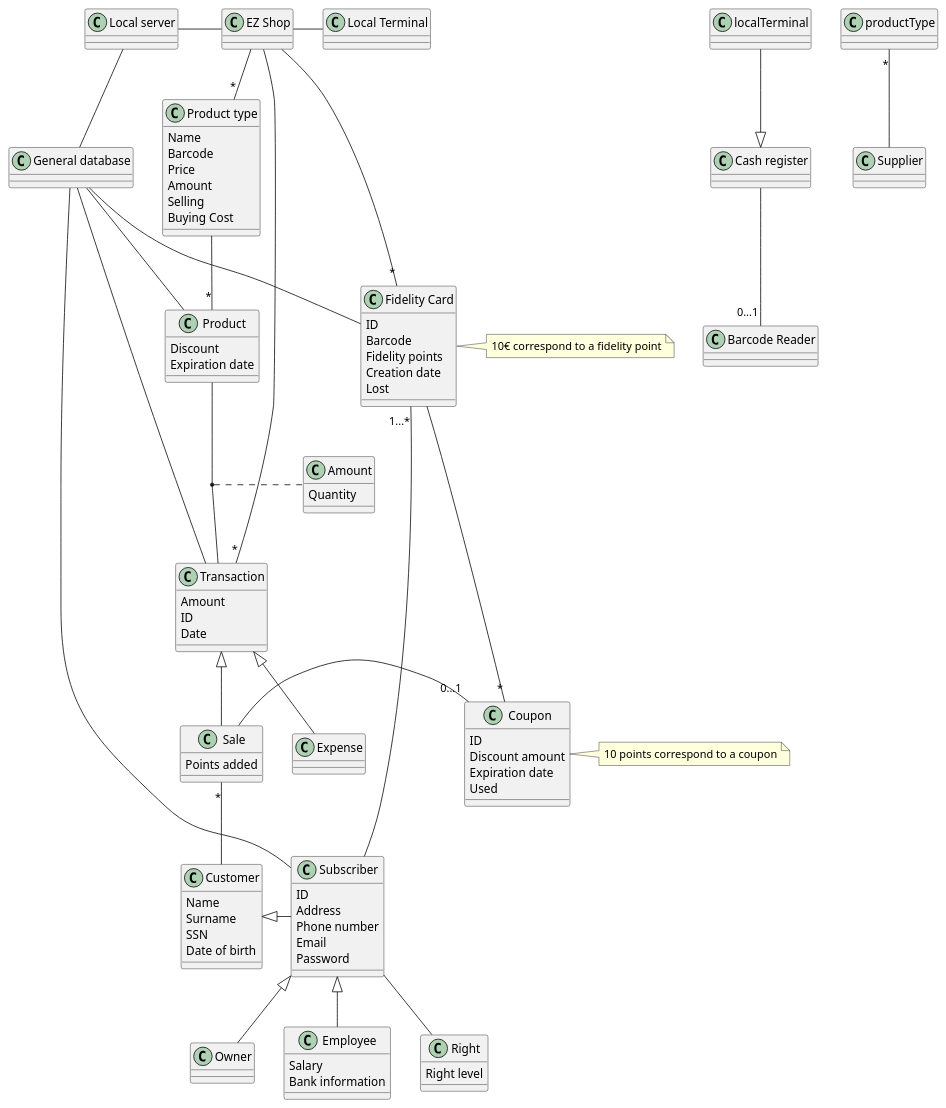
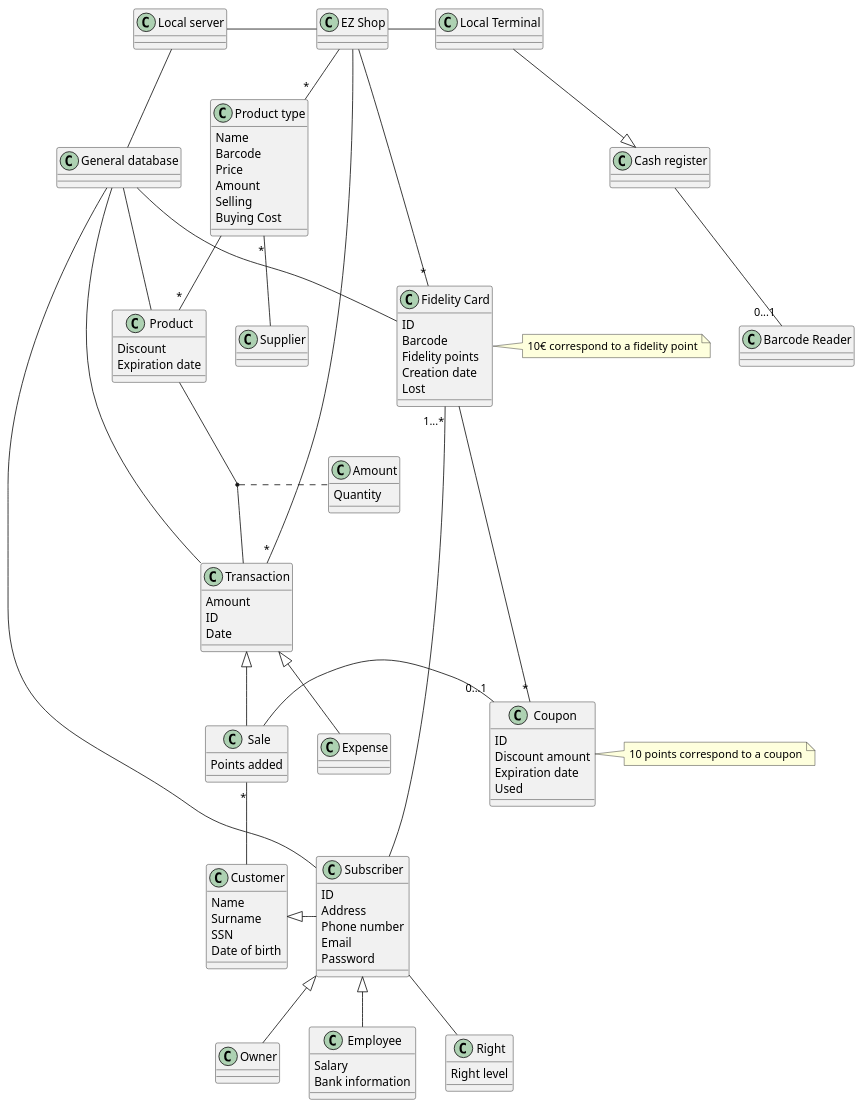
Before and after one commit to nicolabattaglino/ezshop: the fifth of 7 diagrams in Deliverables/RequirementsDocument.md, drawn with PlantUML.

Commit message:
fixed glossary

````diff
--- a/Deliverables/RequirementsDocument.md
+++ b/Deliverables/RequirementsDocument.md
@@ -858,9 +858,9 @@
 sale - "0...1"coupon
 sale"*" -- customer
 (product,transaction). amount
-localTerminal --|> cashRegister
+LT --|> cashRegister
 cashRegister -- "0...1" barcodeReader
-productType"*" -- supplier 
+PT"*" -- supplier 
 
 @enduml
 ```
````
